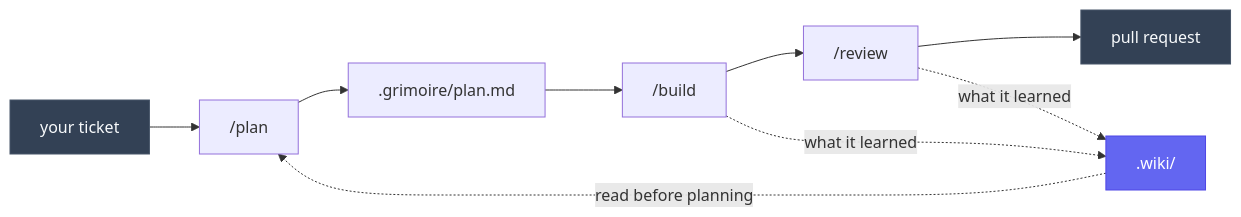
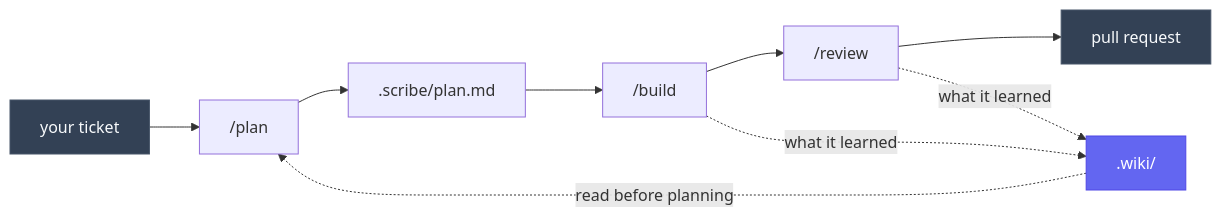
Before and after one commit to skarif2/grimoire: the first of 2 diagrams in README.md, drawn with Mermaid. The commit also changed other lines of this file and 33 other files, not shown here.

````diff
--- a/README.md
+++ b/README.md
@@ -47,16 +47,16 @@
 ```mermaid
 flowchart LR
     T["your ticket"] --> P["/plan"]
-    P --> F[".grimoire/plan.md"]
+    P --> F[".scribe/plan.md"]
     F --> B["/build"]
     B --> V["/review"]
     V --> PR["pull request"]
 
     B -. "what it learned" .-> W[".wiki/"]
     V -. "what it learned" .-> W
     W -. "read before planning" .-> P
 
     style W fill:#6366f1,stroke:#4f46e5,color:#ffffff
     style T fill:#334155,stroke:#475569,color:#f8fafc
     style PR fill:#334155,stroke:#475569,color:#f8fafc
 ```
````
